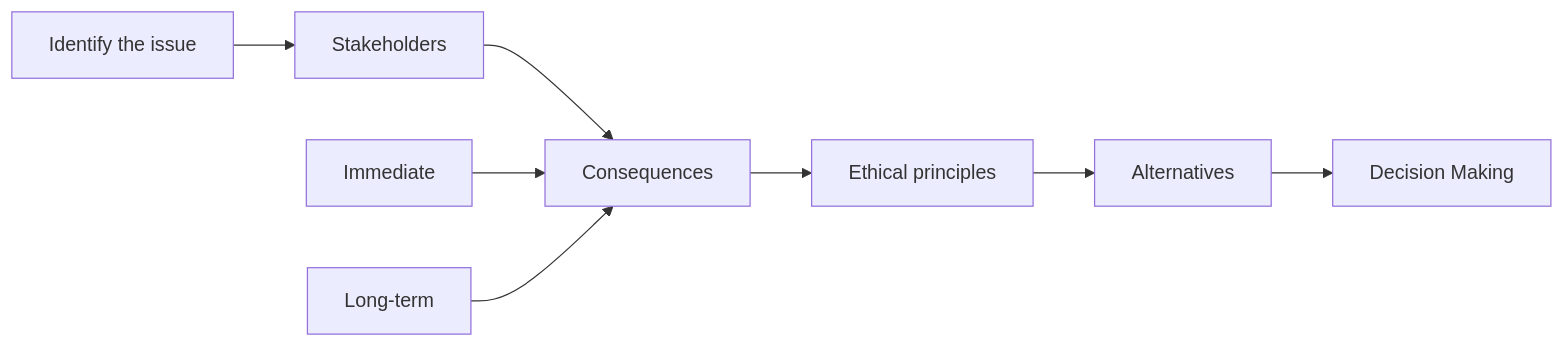
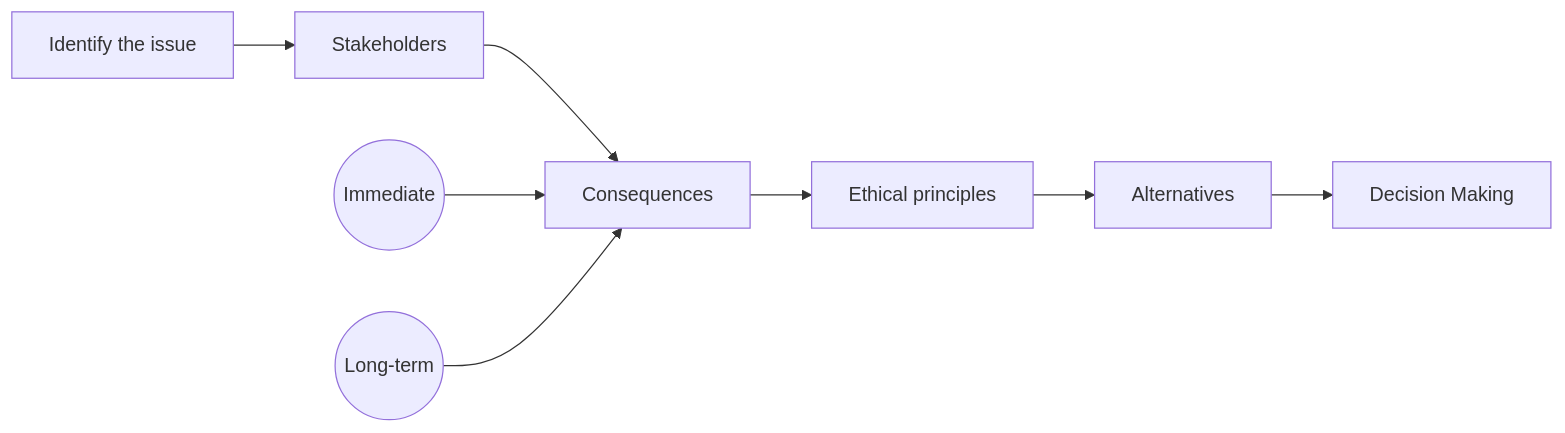
One commit to mrmatho/da-slides changed the diagram in pages/ethics.md. Above: the diagram before and after it, drawn with Mermaid. The commit also changed other lines of this file, not shown here.

````diff
--- a/pages/ethics.md
+++ b/pages/ethics.md
@@ -42,11 +43,11 @@
 ```mermaid
 
 flowchart LR
     A[Identify the issue] --> B[Stakeholders]
     B --> C[Consequences]
-    Ca[Immediate] --> C
-    Cb[Long-term] --> C 
+    Ca((Immediate)) --> C
+    Cb((Long-term)) --> C 
     C --> D[Ethical principles]
     D --> E[Alternatives]
     E --> F[Decision Making]
 ```
````
